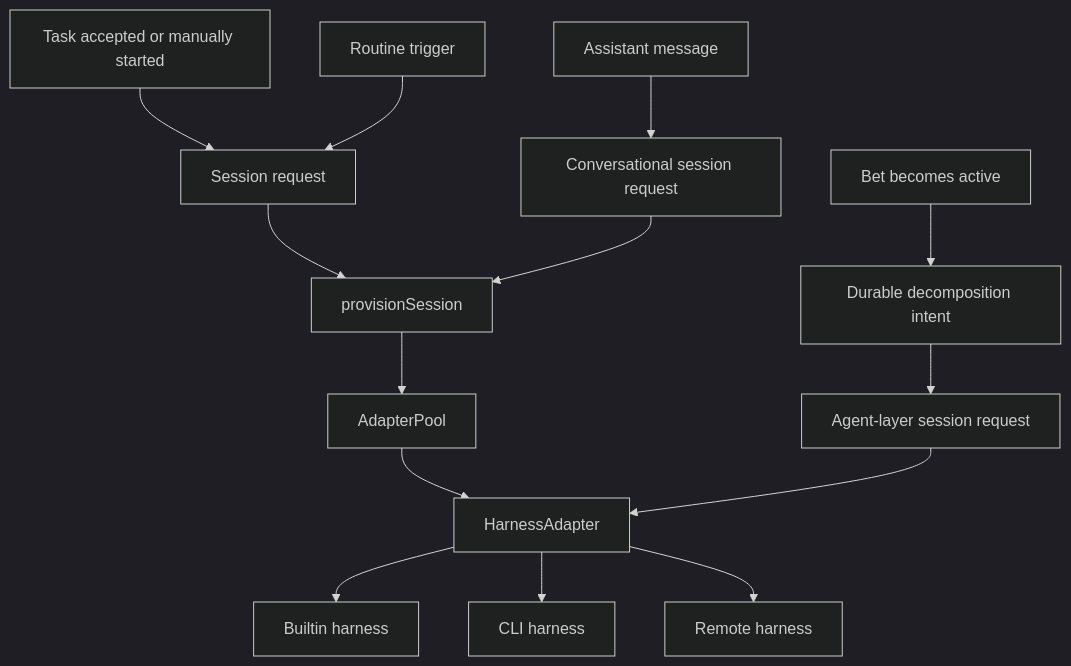
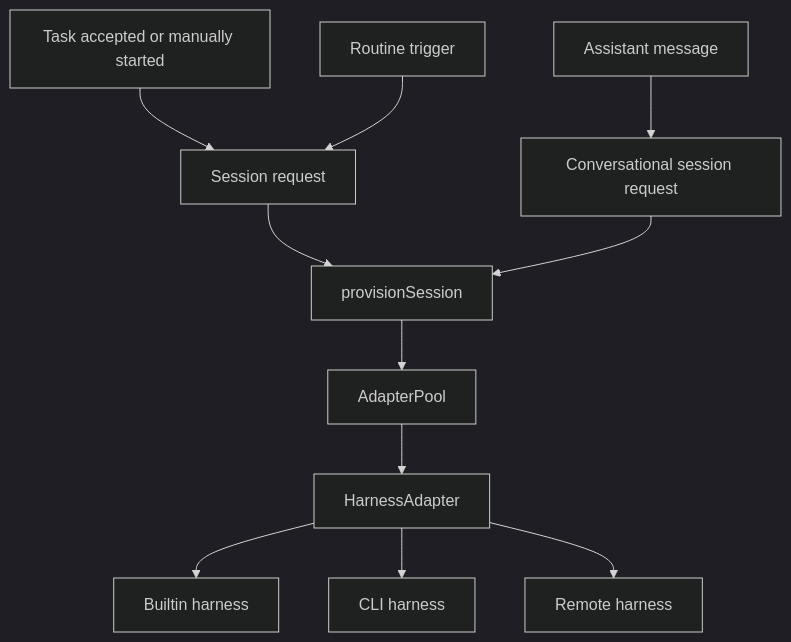
One commit to idle-builders/hyperidle changed diagram 12 of 12 in docs/architecture/as-implemented-domain-architecture.md. Above: the diagram before and after it, drawn with Mermaid (dark theme). The commit also changed other lines of this file and 3058 other files, not shown here.

````diff
--- a/docs/architecture/as-implemented-domain-architecture.md
+++ b/docs/architecture/as-implemented-domain-architecture.md
@@ -370,19 +364,15 @@
 ```mermaid
 flowchart TB
   Task["Task accepted or manually started"] --> SessionRequest["Session request"]
   Routine["Routine trigger"] --> SessionRequest
   Assistant["Assistant message"] --> ConversationSession["Conversational session request"]
 
   SessionRequest --> Provision["provisionSession"]
   ConversationSession --> Provision
   Provision --> AdapterPool["AdapterPool"]
   AdapterPool --> HarnessAdapter["HarnessAdapter"]
 
-  BetActive["Bet becomes active"] --> DecompositionIntent["Durable decomposition intent"]
-  DecompositionIntent --> AgentRequest["Agent-layer session request"]
-  AgentRequest --> HarnessAdapter
-
   HarnessAdapter --> Builtin["Builtin harness"]
   HarnessAdapter --> CLI["CLI harness"]
   HarnessAdapter --> Remote["Remote harness"]
 ```
````
